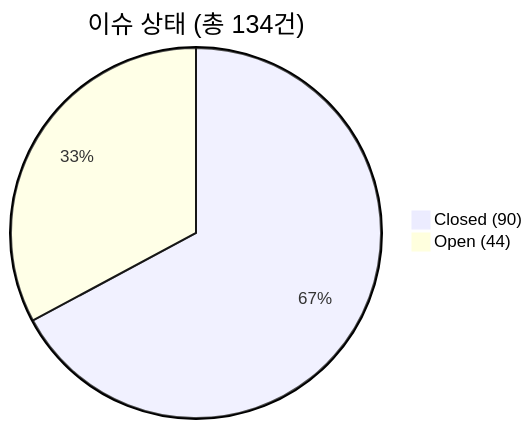
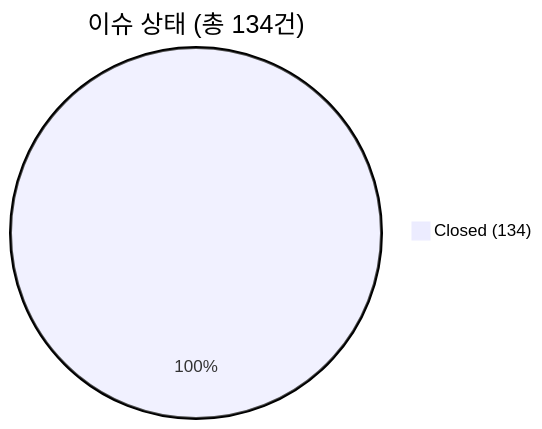
One commit to holee9/MD-process changed the first of 3 diagrams in README.md. Above: the diagram before and after it, drawn with Mermaid. The commit also changed other lines of this file, not shown here.

Commit message:
docs(readme): 2026-05-31 갱신 — 이슈 134/134 closed, 보강률 100%

````diff
--- a/README.md
+++ b/README.md
@@ -127,5 +128,4 @@
 ```mermaid
 pie title 이슈 상태 (총 134건)
-    "Closed (90)" : 90
-    "Open (44)" : 44
+    "Closed (134)" : 134
 ```
````
